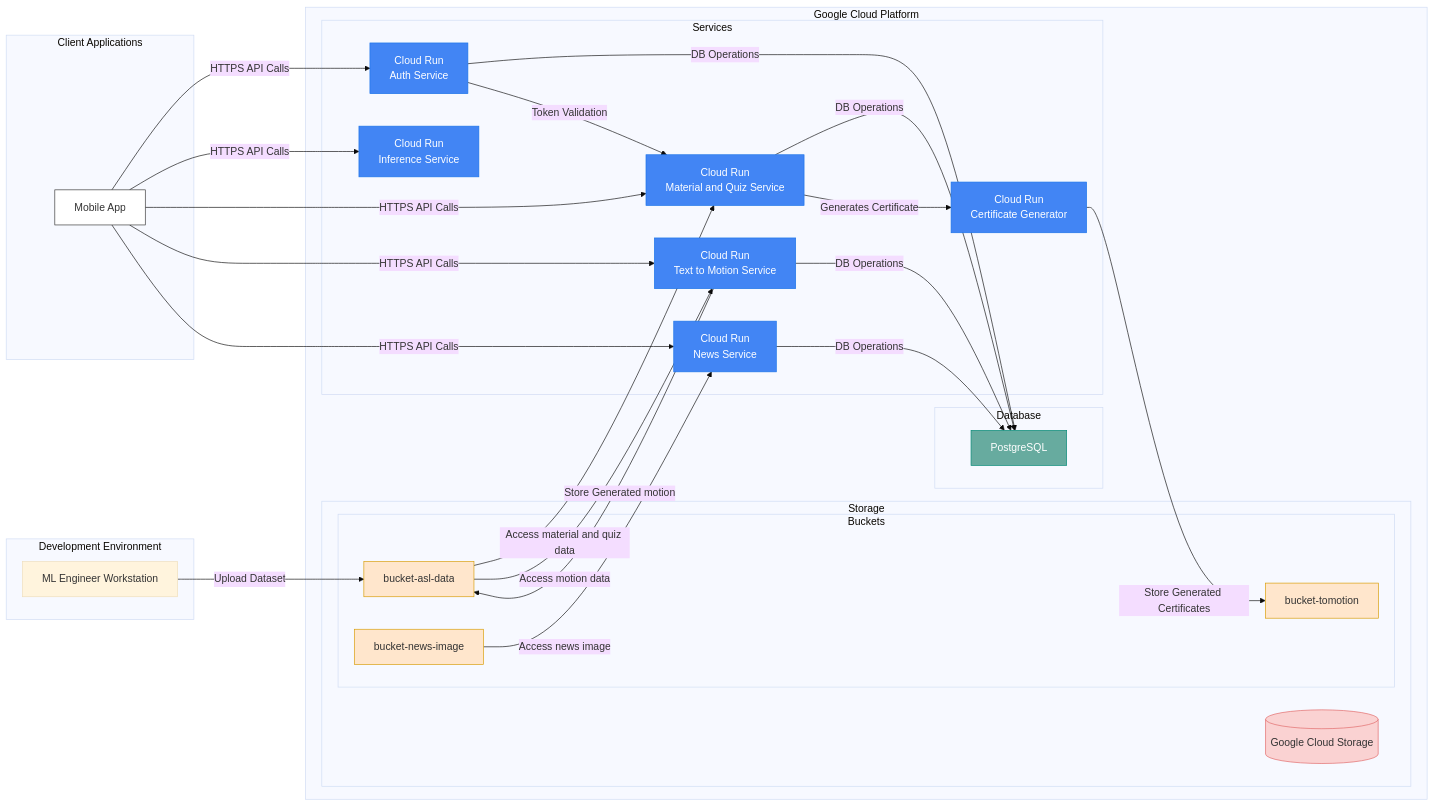
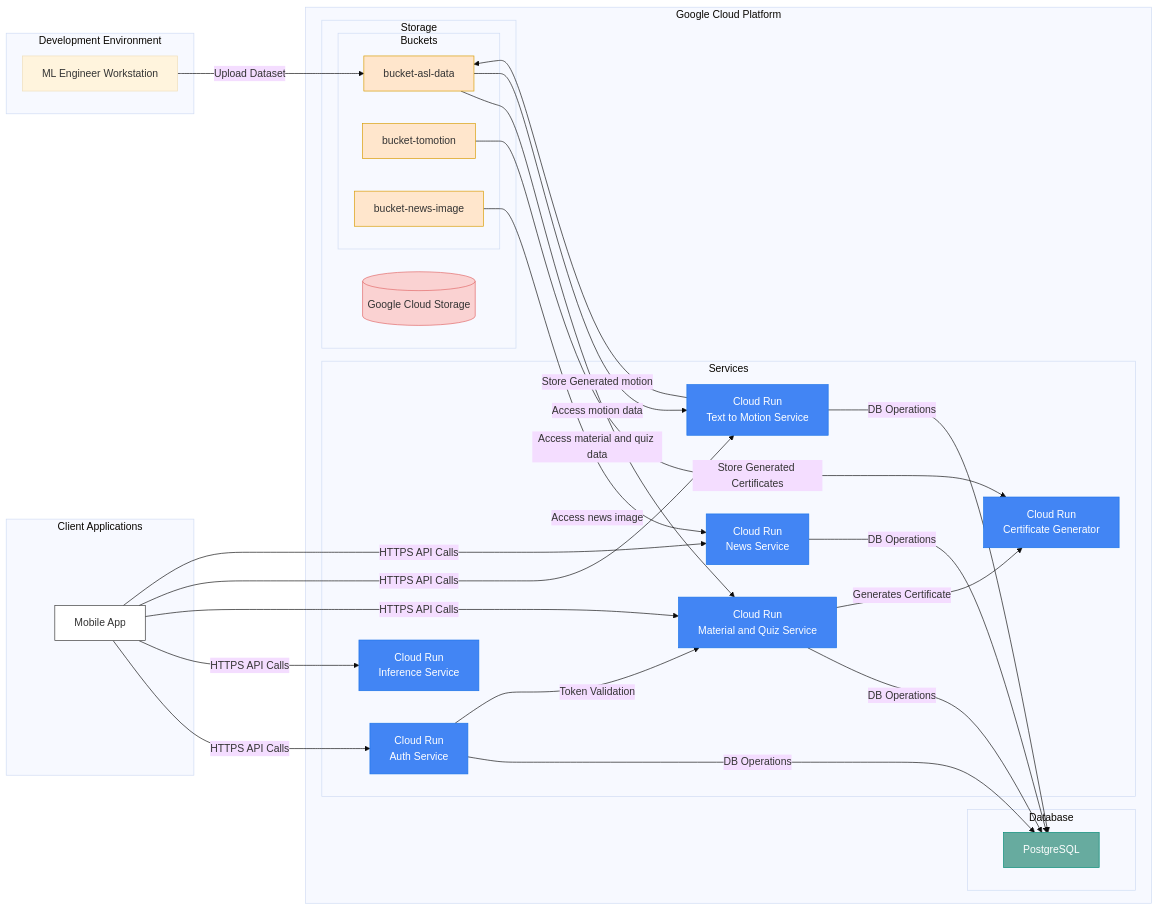
One commit to Bangkit-Capstone-Project-C242-PS363/.github changed the diagram in profile/README.md. Above: the diagram before and after it, drawn with Mermaid (base theme).

````diff
--- a/profile/README.md
+++ b/profile/README.md
@@ -1,73 +1,73 @@
 ```mermaid
 graph LR
     subgraph "Development Environment"
         ML[ML Engineer Workstation]
     end
 
     subgraph "Google Cloud Platform"
         subgraph "Storage"
             GCS[("Google Cloud Storage")]
             subgraph "Buckets"
                 Dataset[bucket-asl-data]
                 Model[bucket-tomotion]
                 ImageBucket[bucket-news-image]
             end
         end
 
         subgraph "Database"
             SQL["PostgreSQL"]
         end
 
         subgraph "Services"
             CR1["Cloud Run<br/>Auth Service"]
             CR2["Cloud Run<br/>Inference Service"]
             CR3["Cloud Run<br/>Material and Quiz Service"]
             CR6["Cloud Run<br/>Text to Motion Service"]
             CR7["Cloud Run<br/>News Service"]
             CR8["Cloud Run<br/>Certificate Generator"]
         end
     end
 
     subgraph "Client Applications"
         Mobile["Mobile App"]
     end
 
     %% Development Flow
     ML -->|"Upload Dataset"| Dataset
     
     %% Model & Dataset Access
     Dataset -->|"Access material and quiz data"| CR3
     Dataset -->|"Access motion data"| CR6
     ImageBucket -->|"Access news image"| CR7
     CR6 -->|"Store Generated motion"| Dataset
-    CR8 --> |"Store Generated Certificates"| Model
+    Model --> |"Store Generated Certificates"| CR8
 
     %% Database Connections
     CR1 -->|"DB Operations"| SQL
     CR3 -->|"DB Operations"| SQL
     CR6 -->|"DB Operations"| SQL
     CR7 -->|"DB Operations"| SQL
 
     %% Service Communications
     CR1 -->|"Token Validation"| CR3
 
     %% Client Communications
     Mobile -->|"HTTPS API Calls"| CR1
     Mobile -->|"HTTPS API Calls"| CR2
     Mobile -->|"HTTPS API Calls"| CR3
     Mobile -->|"HTTPS API Calls"| CR6
     Mobile -->|"HTTPS API Calls"| CR7
     CR3 -->|"Generates Certificate"| CR8
 
     classDef gcpService fill:#4285f4,stroke:#1a73e8,color:white;
     classDef storage fill:#fad2d2,stroke:#e06666;
     classDef client fill:#fff,stroke:#333;
     classDef bucket fill:#ffe6cc,stroke:#d79b00;
     classDef database fill:#67AB9F,stroke:#008975,color:white;
 
     class GCS storage;
     class Dataset,Model,ImageBucket,NewsBucket bucket;
     class CR1,CR2,CR3,CR6,CR7,CR8 gcpService;
     class Mobile client;
     class SQL database;
 ```
````
